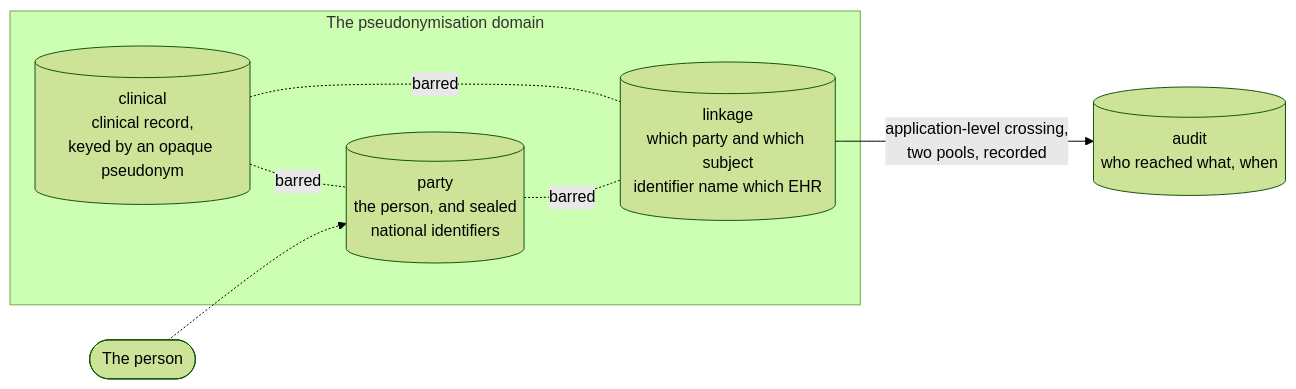
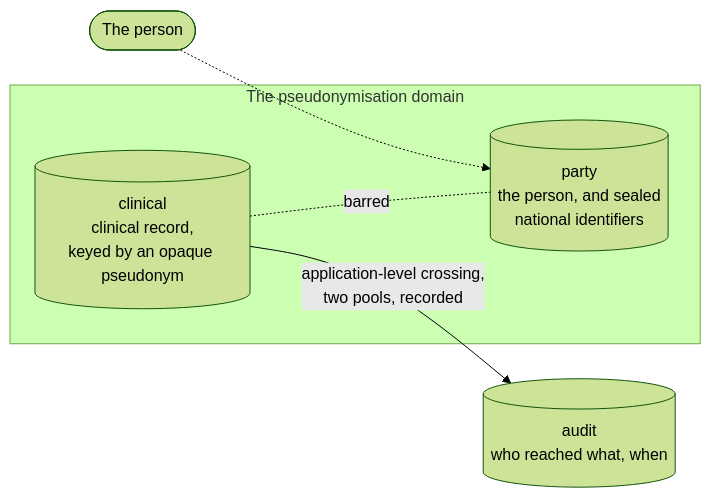
Before and after one commit to FerroHEALTH/FerroEHR: the diagram in website/book/src/security/dpia.md, drawn with Mermaid (forest theme). The commit also changed other lines of this file and 88 other files, not shown here.

````diff
--- a/website/book/src/security/dpia.md
+++ b/website/book/src/security/dpia.md
@@ -80,15 +79,12 @@
 ```mermaid
 flowchart LR
     subject(["The person"])
     subgraph dom ["The pseudonymisation domain"]
         clin[("clinical<br/>clinical record,<br/>keyed by an opaque pseudonym")]
         demo[("party<br/>the person, and sealed<br/>national identifiers")]
-        link[("linkage<br/>which party and which subject<br/>identifier name which EHR")]
     end
     aud[("audit<br/>who reached what, when")]
     subject -.-> demo
     clin -. barred .- demo
-    clin -. barred .- link
-    demo -. barred .- link
-    link -->|"application-level crossing,<br/>two pools, recorded"| aud
+    clin -->|"application-level crossing,<br/>two pools, recorded"| aud
 ```
````
